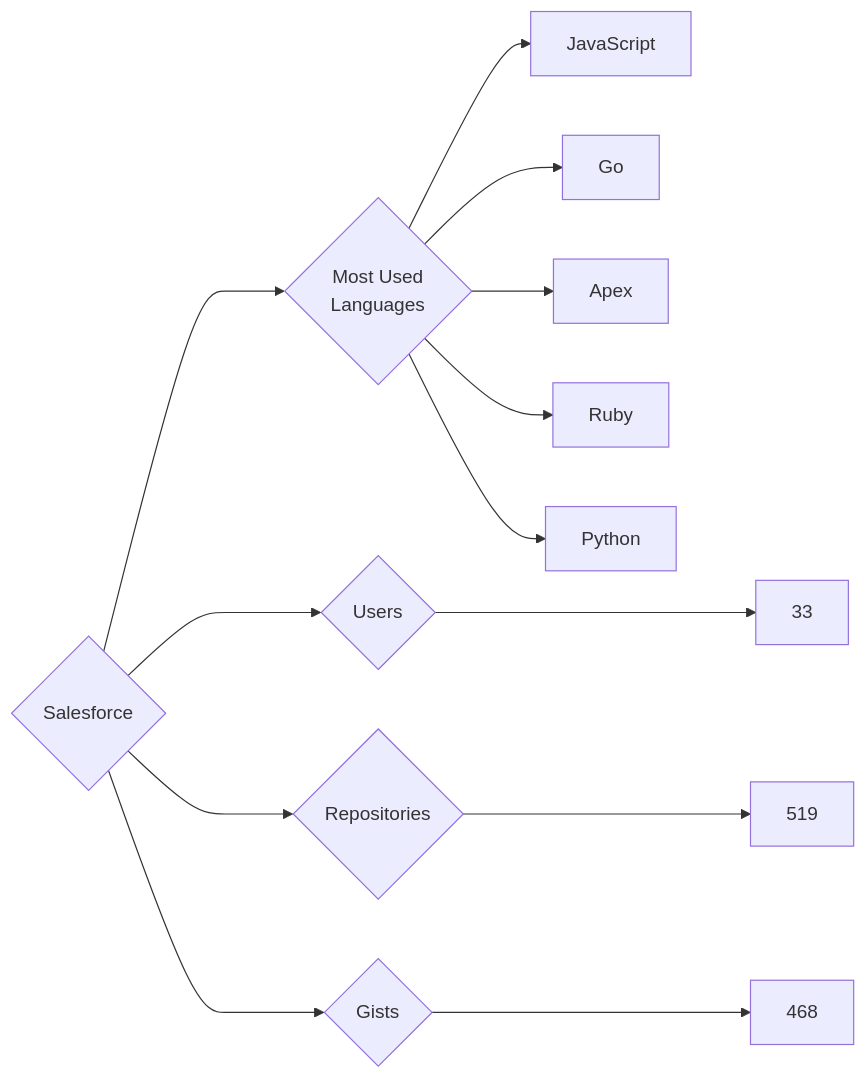
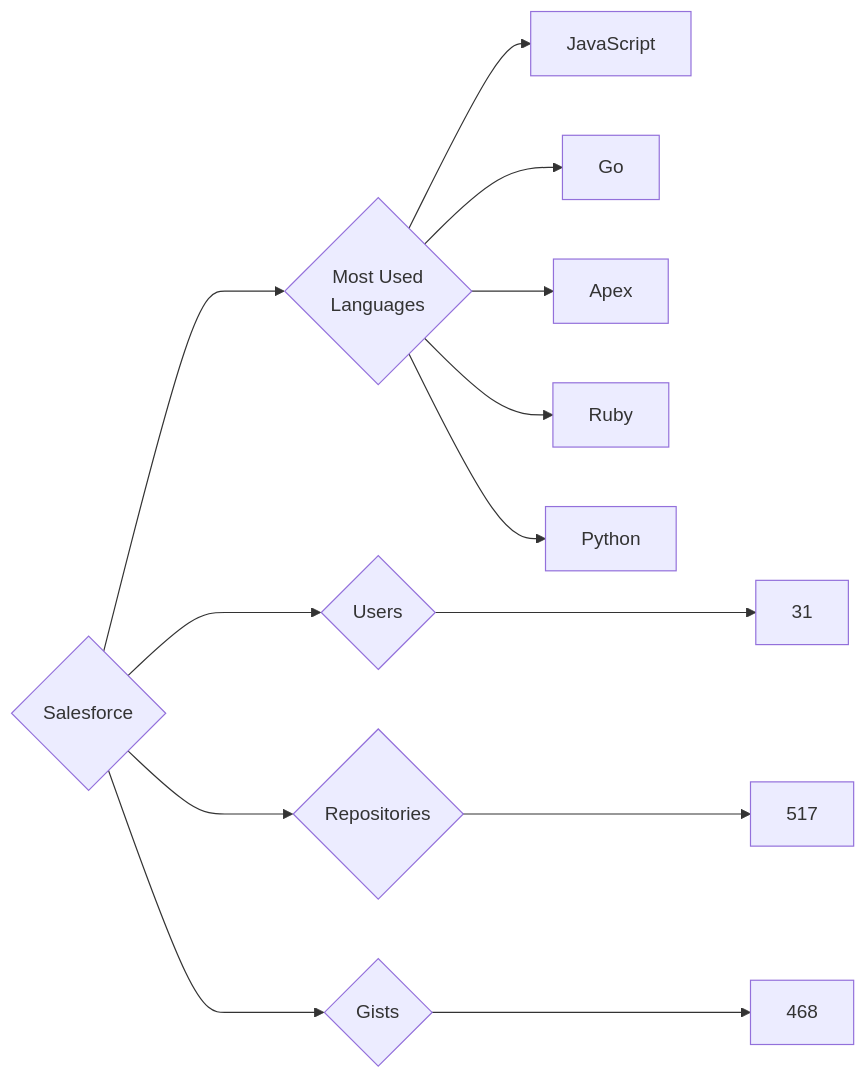
The diagram in targets/Salesforce/README.md (trickest/insiders), drawn with Mermaid before and after one commit. The commit also changed 534 other files, not shown here.

````diff
--- a/targets/Salesforce/README.md
+++ b/targets/Salesforce/README.md
@@ -3,13 +3,13 @@
 ```mermaid
 graph LR
 COMPANY_NAME{Salesforce}
-COMPANY_NAME ---> U{Users} ---> UN[33]
-COMPANY_NAME ---> R{Repositories} ---> RN[519]
+COMPANY_NAME ---> U{Users} ---> UN[31]
+COMPANY_NAME ---> R{Repositories} ---> RN[517]
 COMPANY_NAME ---> G{Gists} ---> GN[468]
 COMPANY_NAME ---> ML{Most Used<br>Languages}
 ML --> JavaScript[JavaScript]
 ML --> Go[Go]
 ML --> Apex[Apex]
 ML --> Ruby[Ruby]
 ML --> Python[Python]
 ```
````
